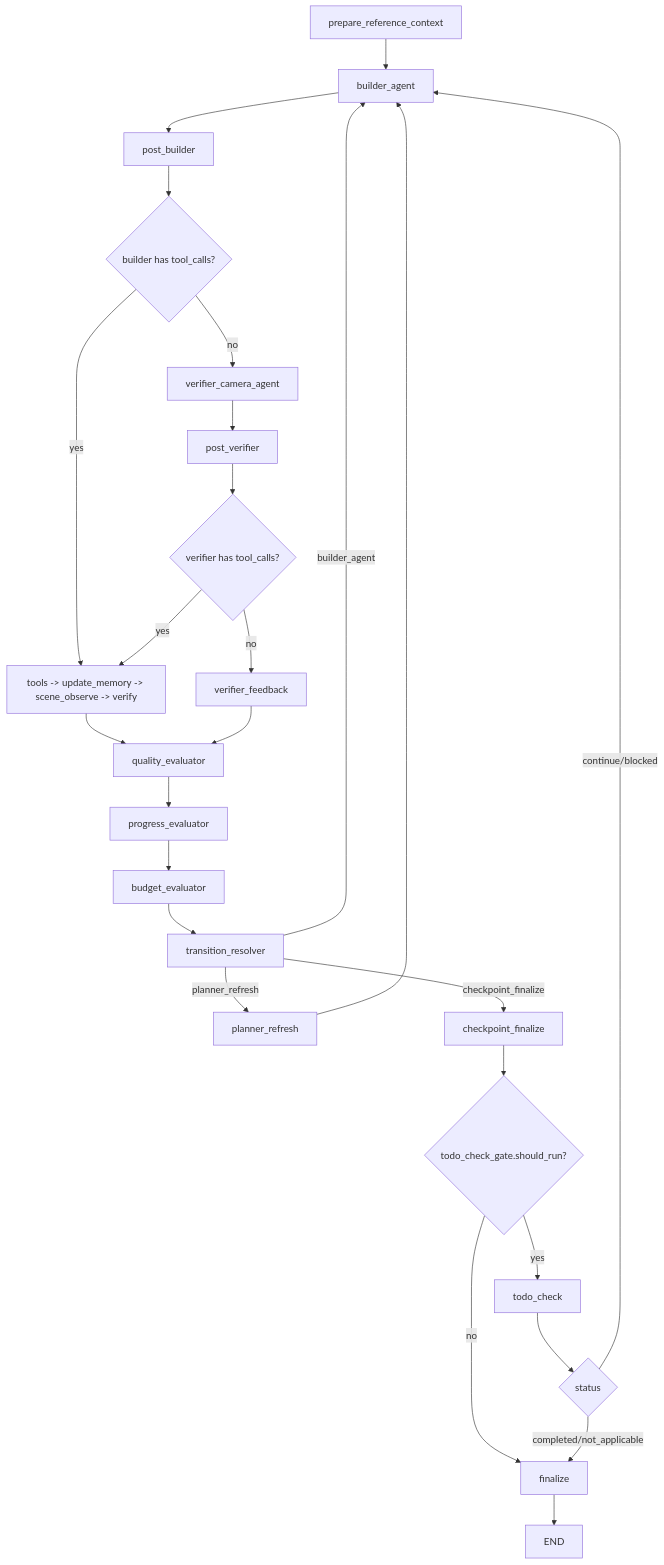
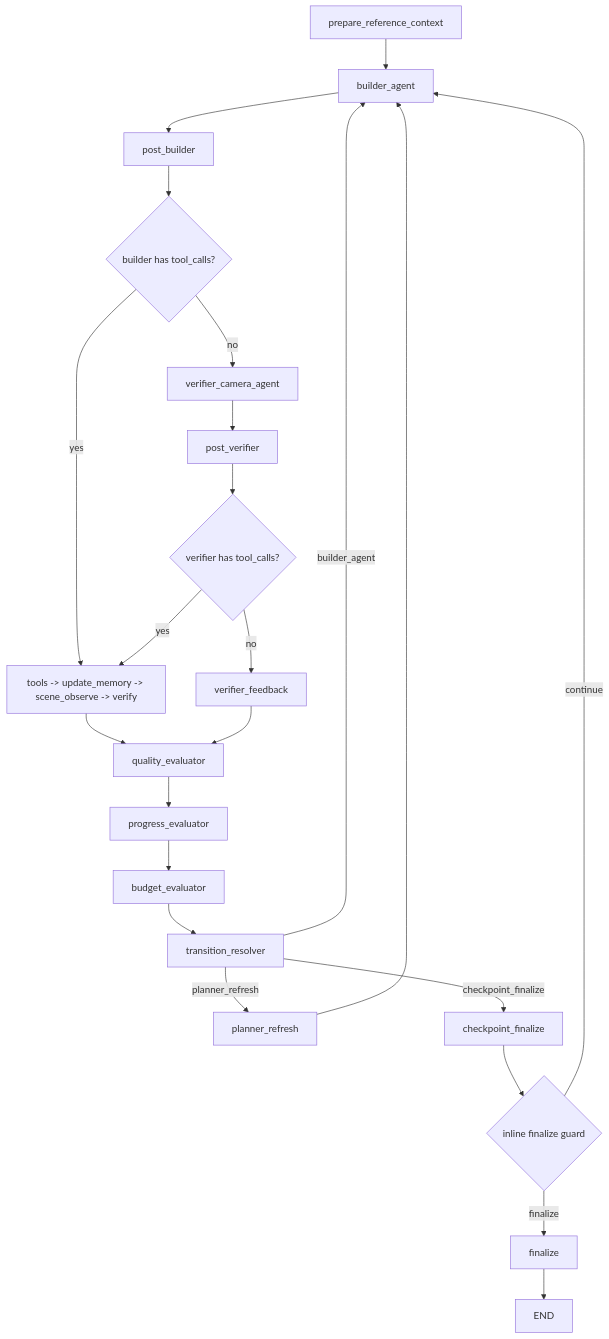
One commit to 3DSceneAgent/Vibe3DScene changed the fourth of 5 diagrams in docs/architecture/current-agent-workflow.md. Above: the diagram before and after it, drawn with Mermaid. The commit also changed other lines of this file and 27 other files, not shown here.

````diff
--- a/docs/architecture/current-agent-workflow.md
+++ b/docs/architecture/current-agent-workflow.md
@@ -133,34 +146,31 @@
 ```mermaid
 flowchart TD
     A["prepare_reference_context"] --> B["builder_agent"]
     B --> C["post_builder"]
     C --> D{"builder has tool_calls?"}
 
     D -->|yes| E["tools -> update_memory -> scene_observe -> verify"]
     E --> F["quality_evaluator"]
 
     D -->|no| G["verifier_camera_agent"]
     G --> H["post_verifier"]
     H --> I{"verifier has tool_calls?"}
 
     I -->|yes| E
     I -->|no| J["verifier_feedback"]
     J --> F
 
     F --> K["progress_evaluator"]
     K --> L["budget_evaluator"]
     L --> M["transition_resolver"]
 
     M -->|builder_agent| B
     M -->|planner_refresh| N["planner_refresh"]
     N --> B
     M -->|checkpoint_finalize| O["checkpoint_finalize"]
 
-    O --> P{"todo_check_gate.should_run?"}
-    P -->|yes| Q["todo_check"]
-    P -->|no| R["finalize"]
-    Q --> S{"status"}
-    S -->|completed/not_applicable| R
-    S -->|continue/blocked| B
+    O --> P{"inline finalize guard"}
+    P -->|continue| B
+    P -->|finalize| R["finalize"]
     R --> T["END"]
 ```
````
